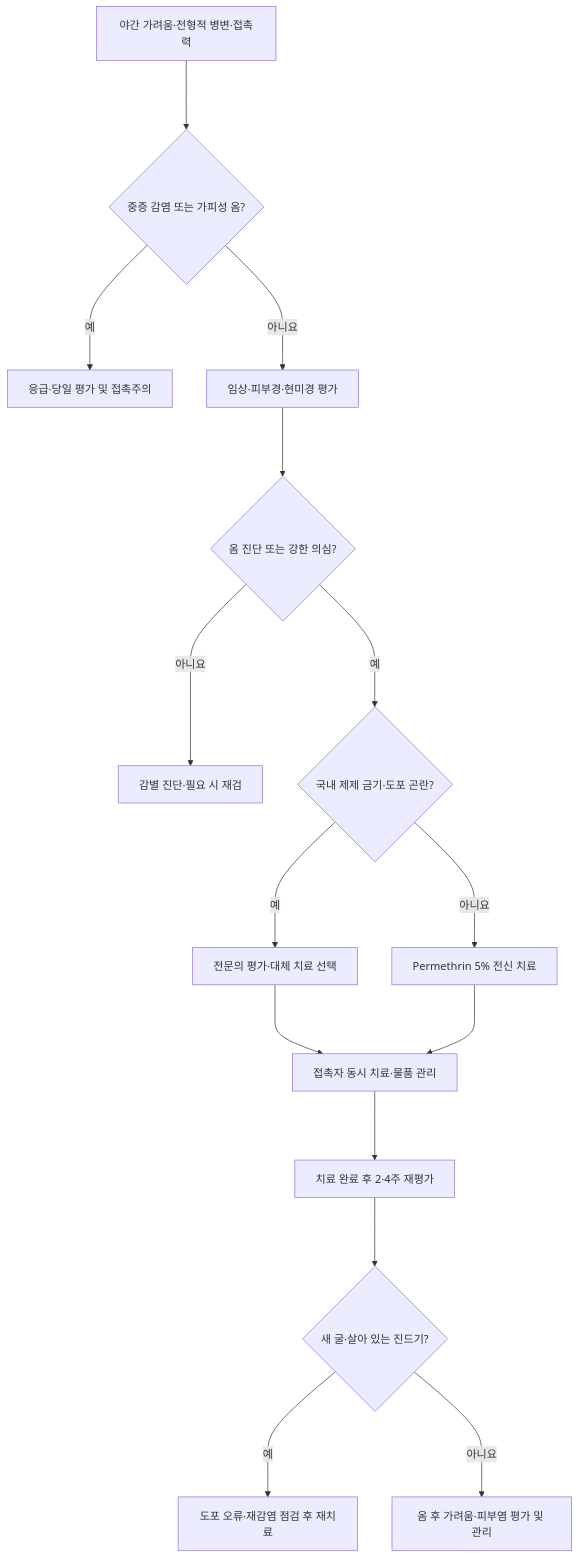
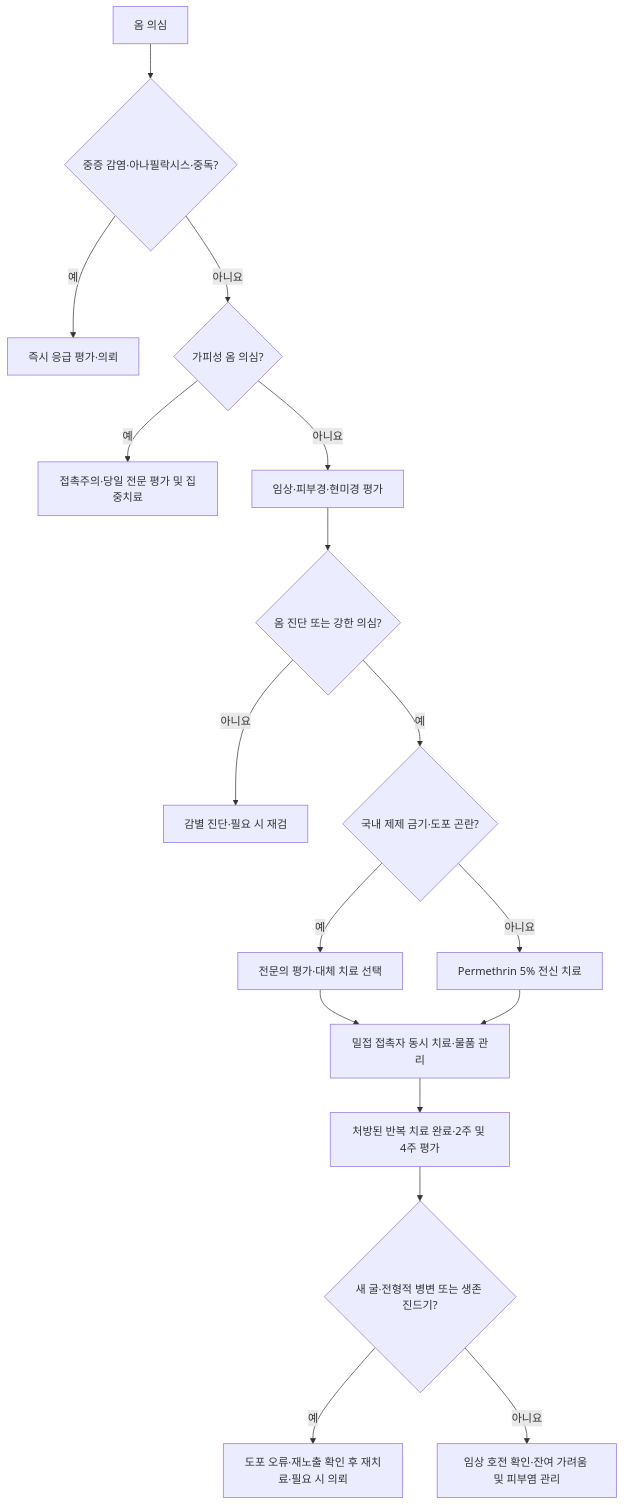
One commit to familyoh77/familyoh77 changed the diagram in 229_/184_-scabies.md. Above: the diagram before and after it, drawn with Mermaid. The commit also changed other lines of this file and 10 other files, not shown here.

````diff
--- a/229_/184_-scabies.md
+++ b/229_/184_-scabies.md
@@ -92,17 +93,19 @@
 ```mermaid
 graph TD
-    A["야간 가려움·전형적 병변·접촉력"] ---> B{"중증 감염 또는 가피성 옴?"}
-    B --->|"예"| C["응급·당일 평가 및 접촉주의"]
-    B --->|"아니요"| D["임상·피부경·현미경 평가"]
-    D ---> E{"옴 진단 또는 강한 의심?"}
-    E --->|"아니요"| F["감별 진단·필요 시 재검"]
-    E --->|"예"| G{"국내 제제 금기·도포 곤란?"}
-    G --->|"예"| H["전문의 평가·대체 치료 선택"]
-    G --->|"아니요"| I["Permethrin 5% 전신 치료"]
-    H ---> J["접촉자 동시 치료·물품 관리"]
-    I ---> J
-    J ---> K["치료 완료 후 2·4주 재평가"]
-    K ---> L{"새 굴·살아 있는 진드기?"}
-    L --->|"예"| M["도포 오류·재감염 점검 후 재치료"]
-    L --->|"아니요"| N["옴 후 가려움·피부염 평가 및 관리"]
+    A["옴 의심"] --> B{"중증 감염·아나필락시스·중독?"}
+    B -->|"예"| C["즉시 응급 평가·의뢰"]
+    B -->|"아니요"| D{"가피성 옴 의심?"}
+    D -->|"예"| E["접촉주의·당일 전문 평가 및 집중치료"]
+    D -->|"아니요"| F["임상·피부경·현미경 평가"]
+    F --> G{"옴 진단 또는 강한 의심?"}
+    G -->|"아니요"| H["감별 진단·필요 시 재검"]
+    G -->|"예"| I{"국내 제제 금기·도포 곤란?"}
+    I -->|"예"| J["전문의 평가·대체 치료 선택"]
+    I -->|"아니요"| K["Permethrin 5% 전신 치료"]
+    J --> L["밀접 접촉자 동시 치료·물품 관리"]
+    K --> L
+    L --> M["처방된 반복 치료 완료·2주 및 4주 평가"]
+    M --> N{"새 굴·전형적 병변 또는 생존 진드기?"}
+    N -->|"예"| O["도포 오류·재노출 확인 후 재치료·필요 시 의뢰"]
+    N -->|"아니요"| P["임상 호전 확인·잔여 가려움 및 피부염 관리"]
 ```
````
